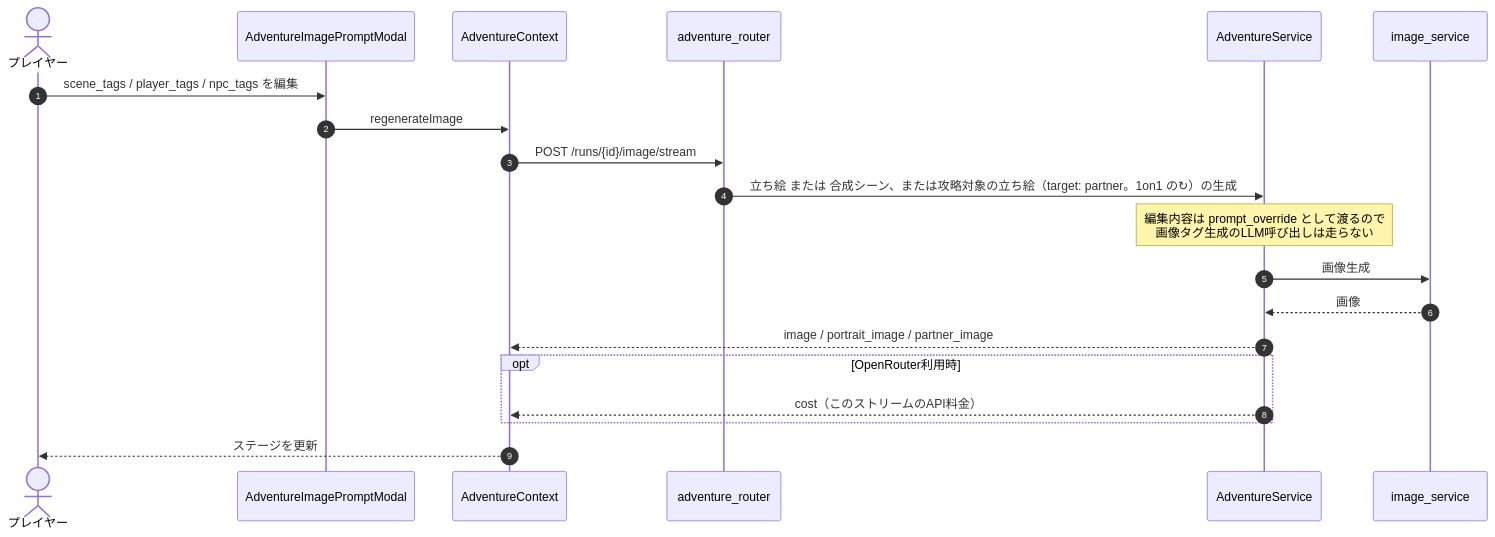
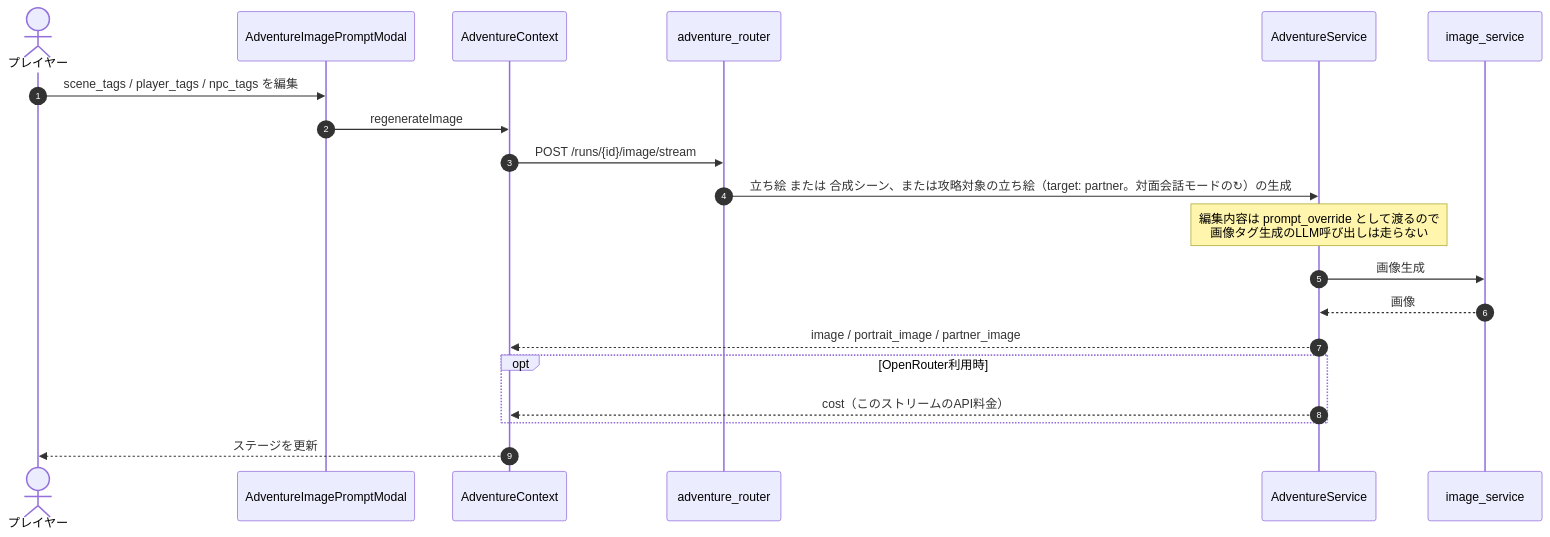
The fifth of 5 diagrams in docs/adventure-flow.md (grind-hash/tsf_closet), drawn with Mermaid before and after one commit. The commit also changed other lines of this file and 18 other files, not shown here.

````diff
--- a/docs/adventure-flow.md
+++ b/docs/adventure-flow.md
@@ -306,23 +309,23 @@
 ```mermaid
 sequenceDiagram
     autonumber
     actor U as プレイヤー
     participant M as AdventureImagePromptModal
     participant C as AdventureContext
     participant R as adventure_router
     participant SV as AdventureService
     participant I as image_service
 
     U->>M: scene_tags / player_tags / npc_tags を編集
     M->>C: regenerateImage
     C->>R: POST /runs/{id}/image/stream
-    R->>SV: 立ち絵 または 合成シーン、または攻略対象の立ち絵（target: partner。1on1 の↻）の生成
+    R->>SV: 立ち絵 または 合成シーン、または攻略対象の立ち絵（target: partner。対面会話モードの↻）の生成
     Note over SV: 編集内容は prompt_override として渡るので<br/>画像タグ生成のLLM呼び出しは走らない
     SV->>I: 画像生成
     I-->>SV: 画像
     SV-->>C: image / portrait_image / partner_image
     opt OpenRouter利用時
         SV-->>C: cost（このストリームのAPI料金）
     end
     C-->>U: ステージを更新
 ```
````
